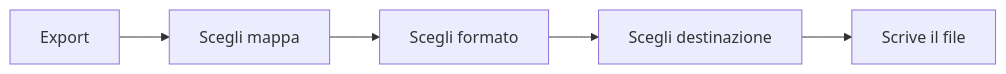
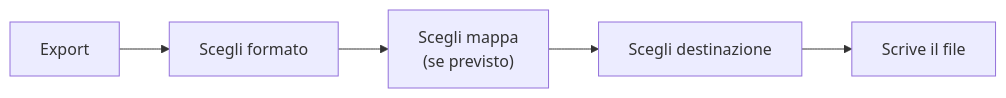
One commit to Alexkill536ITA/ForgeModpack changed the first of 3 diagrams in docs/it/utilizzo/05-import-export-keybind.md. Above: the diagram before and after it, drawn with Mermaid. The commit also changed other lines of this file and 13 other files, not shown here.

First line of the commit message:
feat(keybind-export): dialog per-formato + keyset conforme al sorgente Keyset

````diff
--- a/docs/it/utilizzo/05-import-export-keybind.md
+++ b/docs/it/utilizzo/05-import-export-keybind.md
@@ -14,7 +14,7 @@
 ```mermaid
 graph LR
-    E["Export"] --> Map["Scegli mappa"]
-    Map --> Fmt["Scegli formato"]
-    Fmt --> Dest["Scegli destinazione"]
+    E["Export"] --> Fmt["Scegli formato"]
+    Fmt --> Map["Scegli mappa<br/>(se previsto)"]
+    Map --> Dest["Scegli destinazione"]
     Dest --> Write["Scrive il file"]
 ```
````
